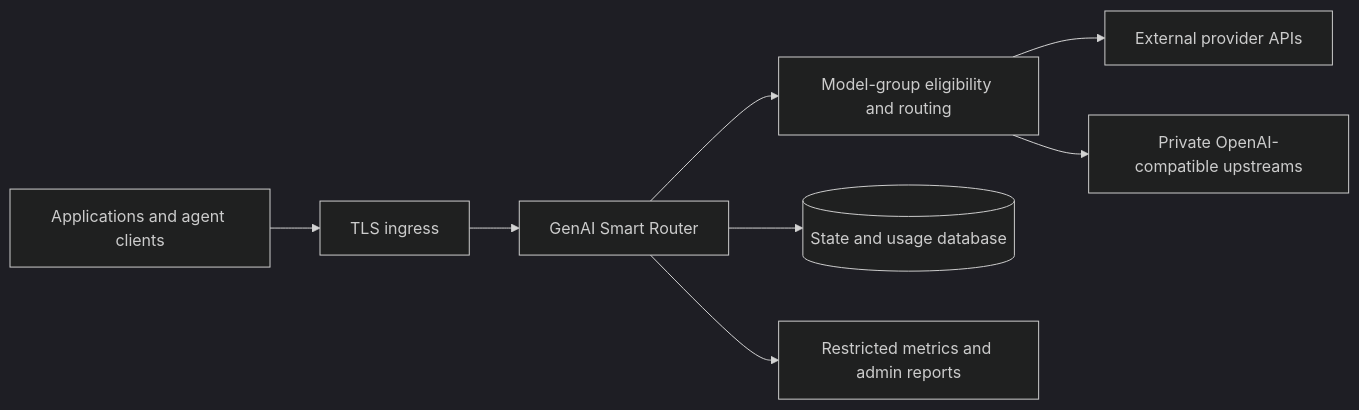
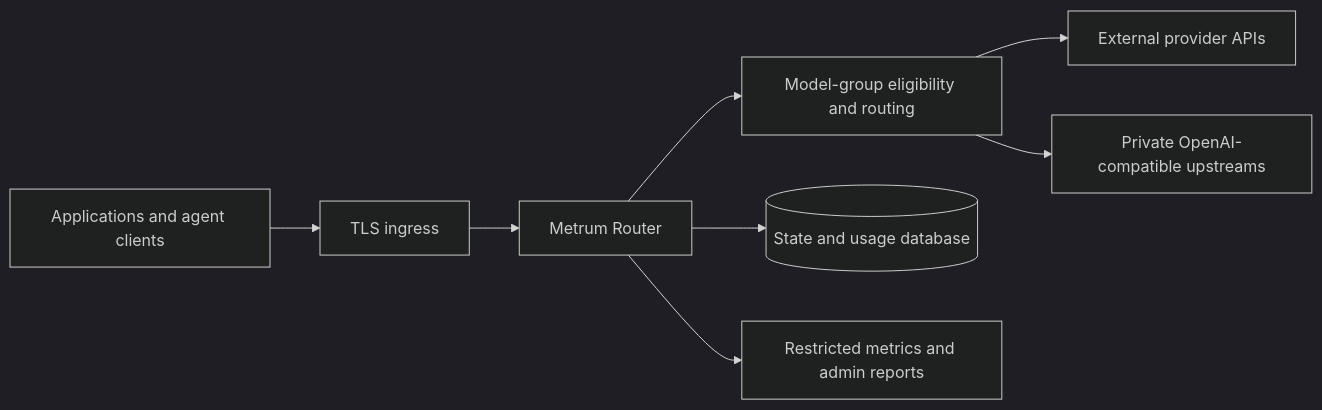
Before and after one commit to Metrum-AI-Products/genai-smart-router: the diagram in docs-site/docs/reference/architecture-limitations.md, drawn with Mermaid (dark theme). The commit also changed other lines of this file and 110 other files, not shown here.

First line of the commit message:
Close OSS Launch A readiness for Metrum Router.

````diff
--- a/docs-site/docs/reference/architecture-limitations.md
+++ b/docs-site/docs/reference/architecture-limitations.md
@@ -11,10 +11,10 @@
 ```mermaid
 flowchart LR
   Client[Applications and agent clients] --> Ingress[TLS ingress]
-  Ingress --> Router[GenAI Smart Router]
+  Ingress --> Router[Metrum Router]
   Router --> Policy[Model-group eligibility and routing]
   Policy --> Provider[External provider APIs]
   Policy --> Private[Private OpenAI-compatible upstreams]
   Router --> State[(State and usage database)]
   Router --> Ops[Restricted metrics and admin reports]
 ```
````
